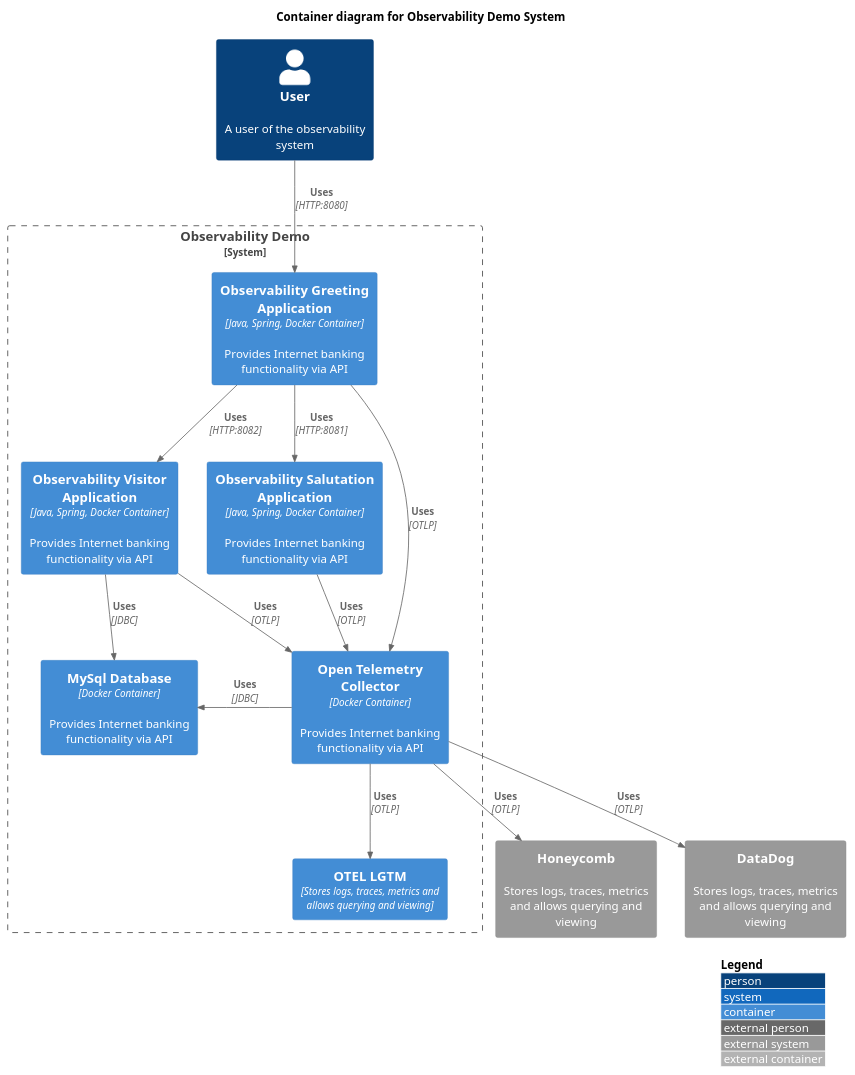
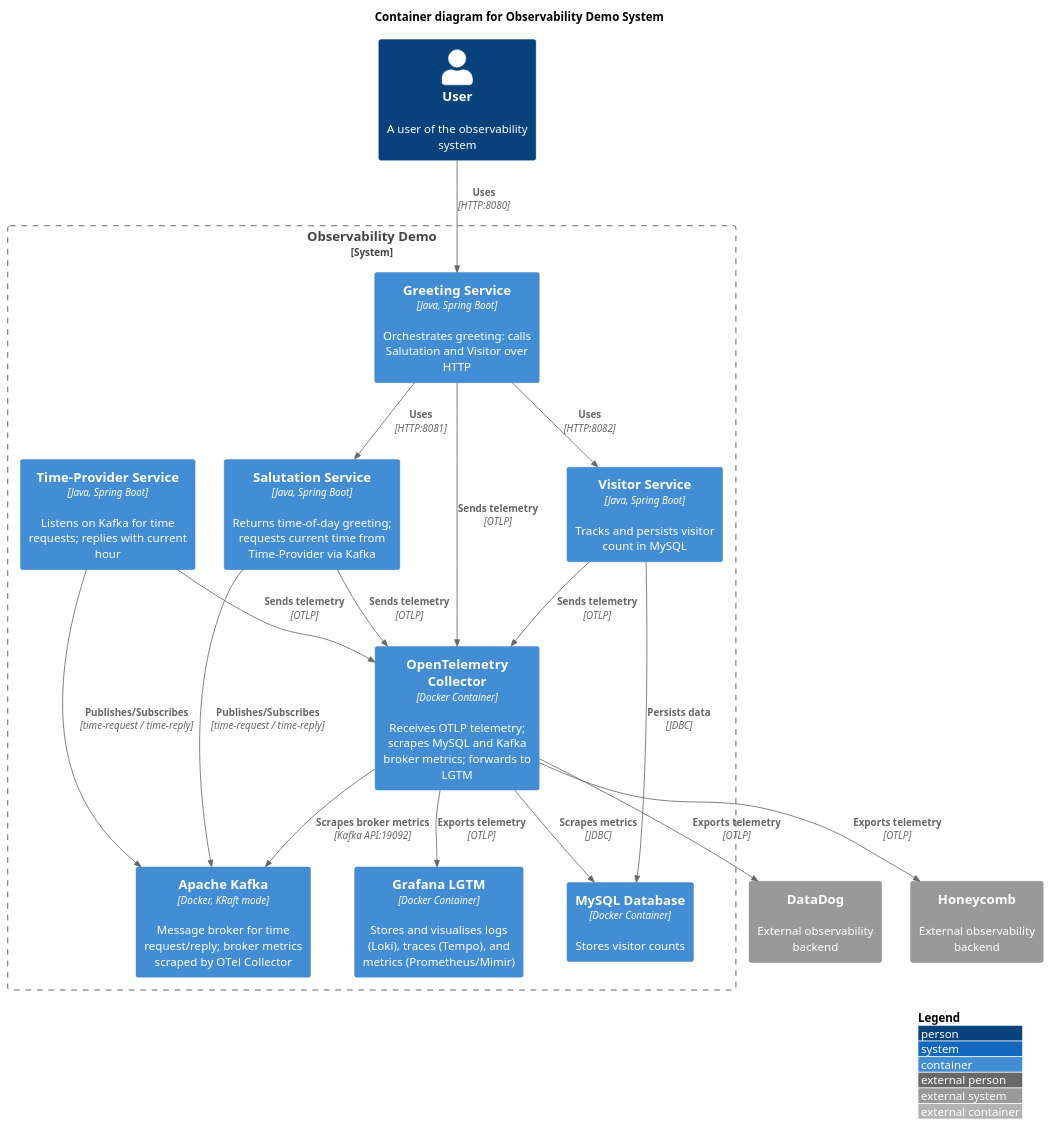
The diagram in docs/diagrams/observability-system-container.puml (MarkGravestock/otel-observability-test), drawn with PlantUML before and after one commit. The commit also changed 1 other file, not shown here.

Commit message:
docs: update architecture diagram and OTel doc to include Kafka / time-provider

```diff
--- a/docs/diagrams/observability-system-container.puml
+++ b/docs/diagrams/observability-system-container.puml
@@ -1,41 +1,43 @@
 @startuml
 !include https://raw.githubusercontent.com/plantuml-stdlib/C4-PlantUML/master/C4_Container.puml
-' uncomment the following line and comment the first to use locally
-' !include C4_Container.puml
-
-' LAYOUT_TOP_DOWN()
-' LAYOUT_AS_SKETCH()
 LAYOUT_WITH_LEGEND()
 
 title Container diagram for Observability Demo System
 
 Person(user, User, "A user of the observability system")
 
 System_Boundary(c1, "Observability Demo") {
-    Container(observability_greeting, "Observability Greeting Application", "Java, Spring, Docker Container", "Provides Internet banking functionality via API")
-    Container(observability_salutation, "Observability Salutation Application", "Java, Spring, Docker Container", "Provides Internet banking functionality via API")
-    Container(observability_visitor, "Observability Visitor Application", "Java, Spring, Docker Container", "Provides Internet banking functionality via API")
-    Container(otel_collection, "Open Telemetry Collector", "Docker Container", "Provides Internet banking functionality via API")
-    Container(mysql, "MySql Database", "Docker Container", "Provides Internet banking functionality via API")
-    Container(observability_backend, "OTEL LGTM", "Stores logs, traces, metrics and allows querying and viewing")
+    Container(observability_greeting, "Greeting Service", "Java, Spring Boot", "Orchestrates greeting: calls Salutation and Visitor over HTTP")
+    Container(observability_salutation, "Salutation Service", "Java, Spring Boot", "Returns time-of-day greeting; requests current time from Time-Provider via Kafka")
+    Container(observability_visitor, "Visitor Service", "Java, Spring Boot", "Tracks and persists visitor count in MySQL")
+    Container(observability_time_provider, "Time-Provider Service", "Java, Spring Boot", "Listens on Kafka for time requests; replies with current hour")
+    Container(kafka, "Apache Kafka", "Docker, KRaft mode", "Message broker for time request/reply; broker metrics scraped by OTel Collector")
+    Container(otel_collection, "OpenTelemetry Collector", "Docker Container", "Receives OTLP telemetry; scrapes MySQL and Kafka broker metrics; forwards to LGTM")
+    Container(mysql, "MySQL Database", "Docker Container", "Stores visitor counts")
+    Container(observability_backend, "Grafana LGTM", "Docker Container", "Stores and visualises logs (Loki), traces (Tempo), and metrics (Prometheus/Mimir)")
 }
 
-System_Ext(datadog, "DataDog", "Stores logs, traces, metrics and allows querying and viewing")
-System_Ext(honeycomb, "Honeycomb", "Stores logs, traces, metrics and allows querying and viewing")
+System_Ext(datadog, "DataDog", "External observability backend")
+System_Ext(honeycomb, "Honeycomb", "External observability backend")
 
+Rel(user, observability_greeting, "Uses", "HTTP:8080")
 Rel(observability_greeting, observability_salutation, "Uses", "HTTP:8081")
-Rel(user, observability_greeting, "Uses", "HTTP:8080")
-Rel_Neighbor(observability_greeting, observability_visitor, "Uses", "HTTP:8082")
+Rel(observability_greeting, observability_visitor, "Uses", "HTTP:8082")
 
-Rel(observability_greeting, otel_collection, "Uses", "OTLP")
-Rel(observability_salutation, otel_collection, "Uses", "OTLP")
-Rel(observability_visitor, otel_collection, "Uses", "OTLP")
-Rel_Neighbor(otel_collection, mysql, "Uses", "JDBC")
+Rel(observability_salutation, kafka, "Publishes/Subscribes", "time-request / time-reply")
+Rel(observability_time_provider, kafka, "Publishes/Subscribes", "time-request / time-reply")
 
-Rel(observability_visitor, mysql, "Uses", "JDBC")
+Rel(observability_greeting, otel_collection, "Sends telemetry", "OTLP")
+Rel(observability_salutation, otel_collection, "Sends telemetry", "OTLP")
+Rel(observability_visitor, otel_collection, "Sends telemetry", "OTLP")
+Rel(observability_time_provider, otel_collection, "Sends telemetry", "OTLP")
 
-Rel(otel_collection, datadog, "Uses", "OTLP")
-Rel(otel_collection, observability_backend, "Uses", "OTLP")
-Rel(otel_collection, honeycomb, "Uses", "OTLP")
+Rel(otel_collection, mysql, "Scrapes metrics", "JDBC")
+Rel(otel_collection, kafka, "Scrapes broker metrics", "Kafka API:19092")
+Rel(observability_visitor, mysql, "Persists data", "JDBC")
+
+Rel(otel_collection, observability_backend, "Exports telemetry", "OTLP")
+Rel(otel_collection, datadog, "Exports telemetry", "OTLP")
+Rel(otel_collection, honeycomb, "Exports telemetry", "OTLP")
 
 @enduml
```
